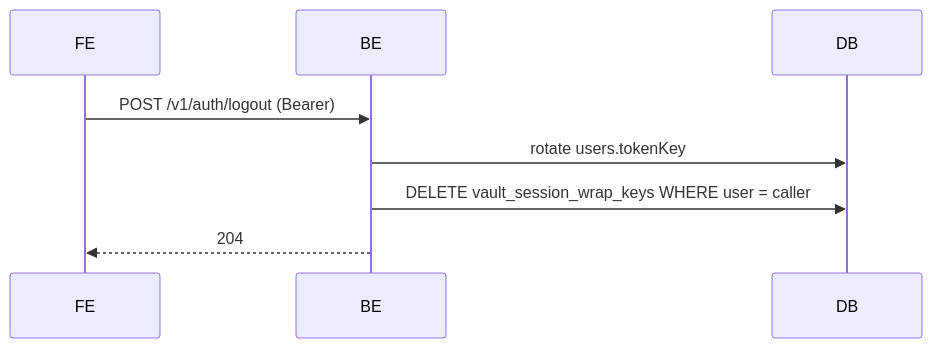
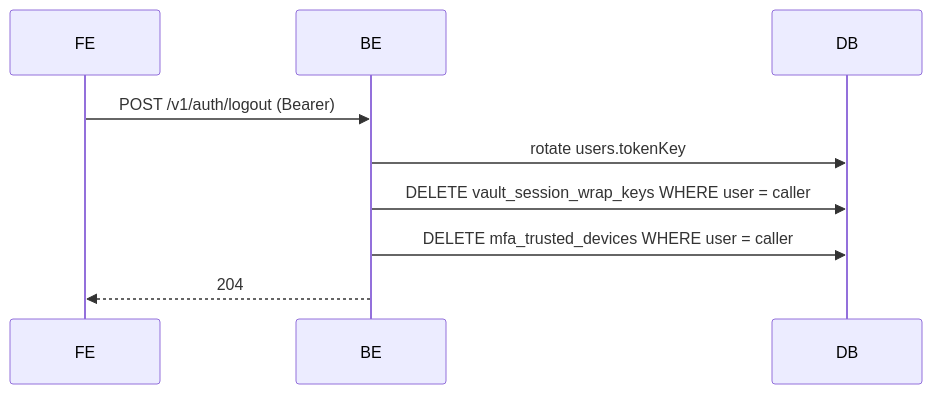
Before and after one commit to cognos-io/chat.cognos.io: the diagram in docs/business_processes/logout-token-rotation.md, drawn with Mermaid. The commit also changed other lines of this file and 221 other files, not shown here.

````diff
--- a/docs/business_processes/logout-token-rotation.md
+++ b/docs/business_processes/logout-token-rotation.md
@@ -17,10 +19,11 @@
 ```mermaid
 sequenceDiagram
   participant FE
   participant BE
   participant DB
   FE->>BE: POST /v1/auth/logout (Bearer)
   BE->>DB: rotate users.tokenKey
   BE->>DB: DELETE vault_session_wrap_keys WHERE user = caller
+  BE->>DB: DELETE mfa_trusted_devices WHERE user = caller
   BE-->>FE: 204
 ```
````
